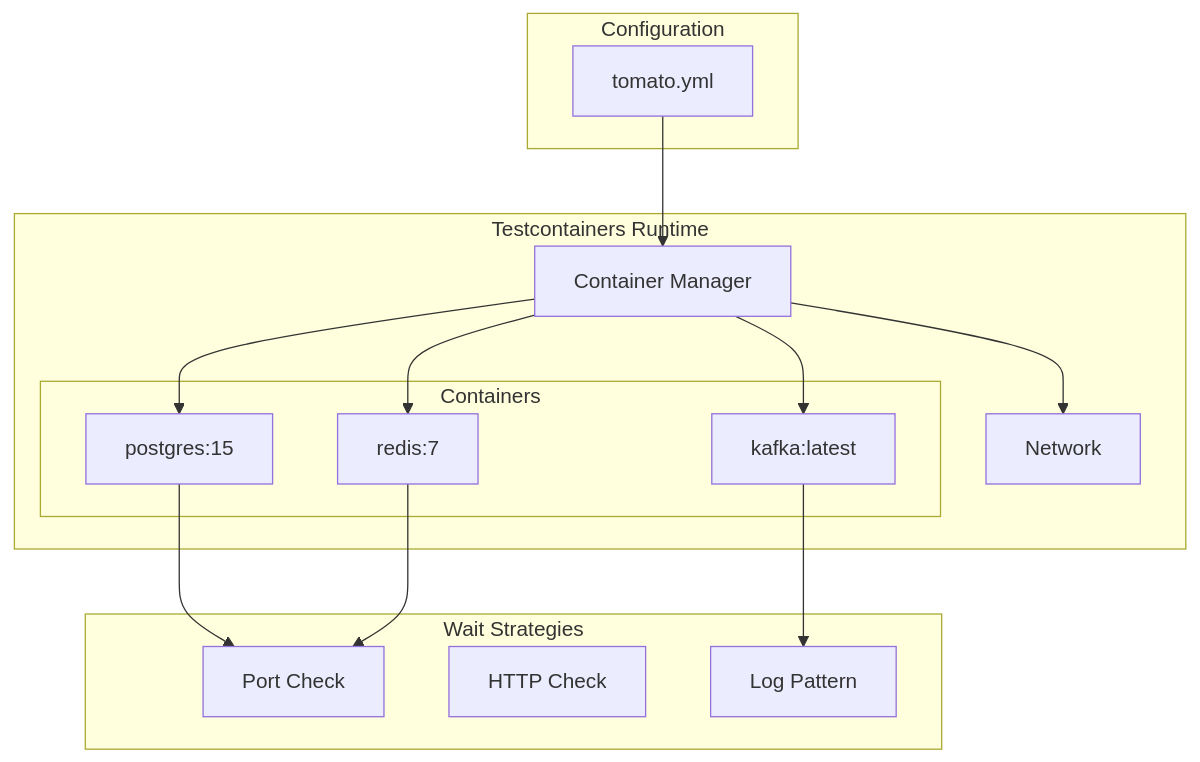
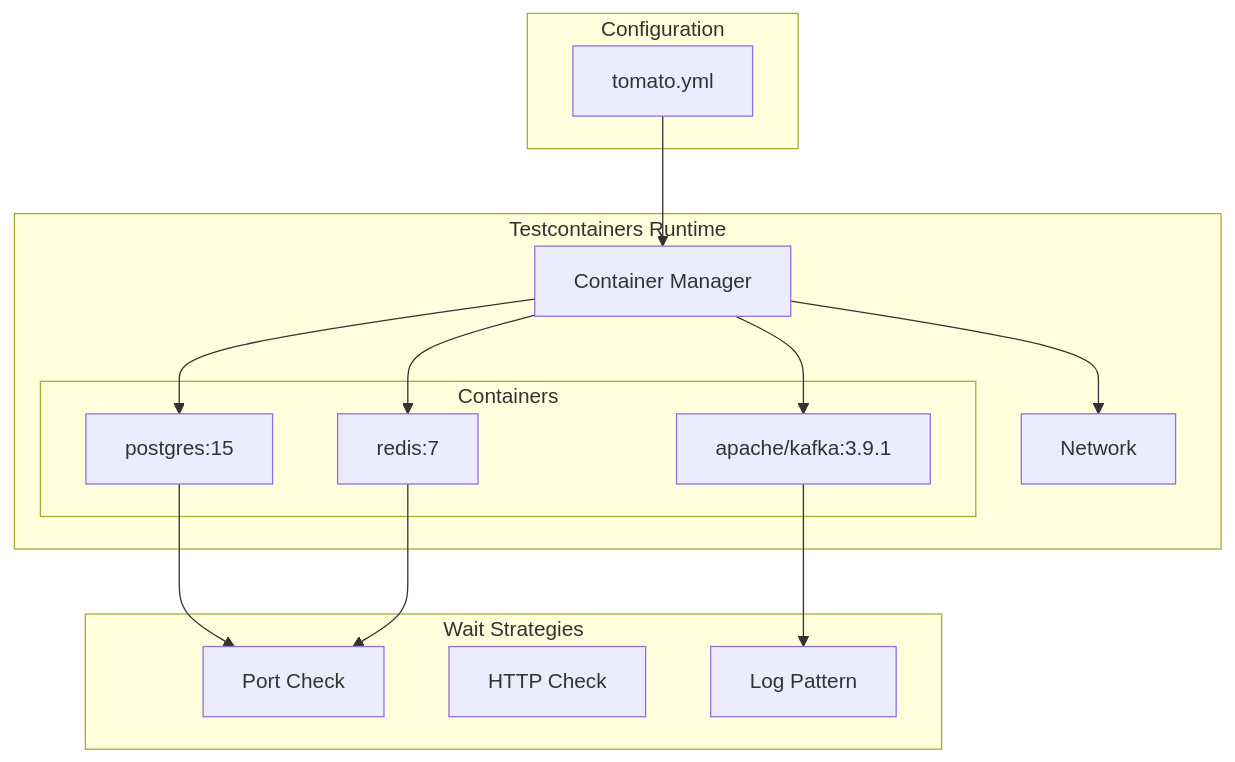
One commit to tomatool/tomato changed the fifth of 9 diagrams in docs/developer-guide/architecture.md. Above: the diagram before and after it, drawn with Mermaid. The commit also changed other lines of this file and 15 other files, not shown here.

````diff
--- a/docs/developer-guide/architecture.md
+++ b/docs/developer-guide/architecture.md
@@ -184,33 +202,33 @@
 ```mermaid
 flowchart TB
     subgraph Config["Configuration"]
         YAML["tomato.yml"]
     end
 
     subgraph Testcontainers["Testcontainers Runtime"]
         CM[Container Manager]
         NW[Network]
 
         subgraph Containers
             C1[postgres:15]
             C2[redis:7]
-            C3[kafka:latest]
+            C3[apache/kafka:3.9.1]
         end
     end
 
     subgraph WaitStrategies["Wait Strategies"]
         PORT[Port Check]
         HTTP_CHECK[HTTP Check]
         LOG[Log Pattern]
     end
 
     YAML --> CM
     CM --> NW
     CM --> C1
     CM --> C2
     CM --> C3
 
     C1 --> PORT
     C2 --> PORT
     C3 --> LOG
 ```
````
